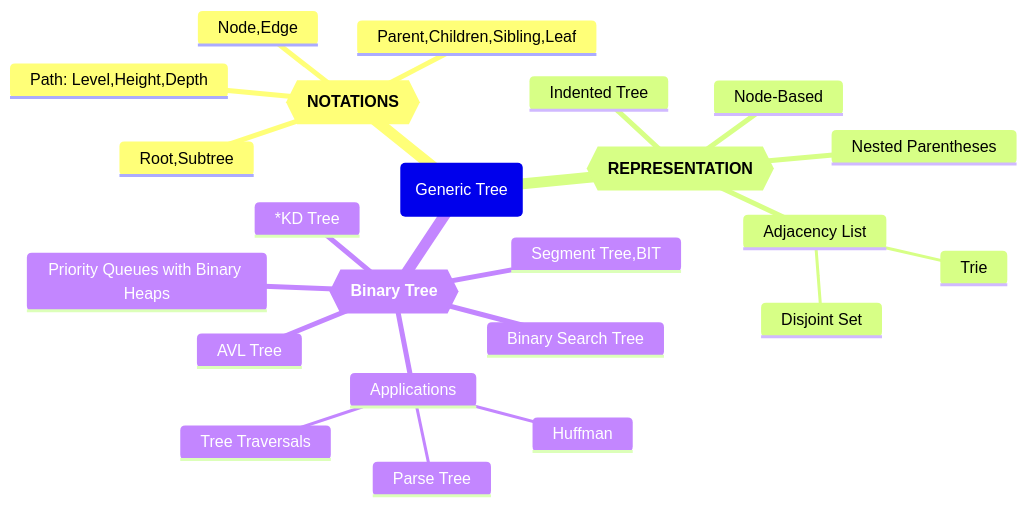
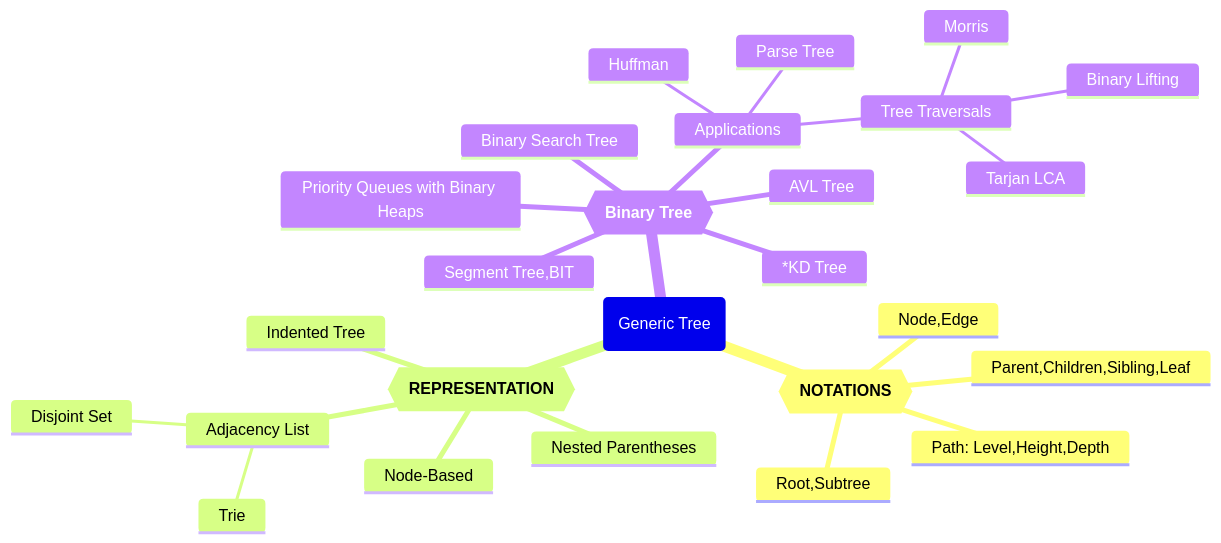
The first of 3 diagrams in 202604_DSA_W06-08_Tree.md (lyq1119/2026spring-cs201), drawn with Mermaid before and after one commit. The commit also changed other lines of this file, not shown here.

````diff
--- a/202604_DSA_W06-08_Tree.md
+++ b/202604_DSA_W06-08_Tree.md
@@ -560,28 +560,31 @@
 ```mermaid
 mindmap
   root(Generic Tree)
     Notations{{**NOTATIONS**}}
     	Node,Edge
     	Root,Subtree
     	Parent,Children,Sibling,Leaf
     	Path: Level,Height,Depth
       
     Representation{{**REPRESENTATION**}}
       Nested Parentheses
       Node-Based
       Indented Tree
       Adjacency List
       	Disjoint Set
       	Trie
       
     Binary Tree{{**Binary Tree**}}
       Applications
       	Parse Tree
       	Tree Traversals
+      		Morris
+      		Binary Lifting
+      		Tarjan LCA
       	Huffman
       Priority Queues with Binary Heaps
       Binary Search Tree
       AVL Tree
       Segment Tree,BIT
       *KD Tree
 ```
````
